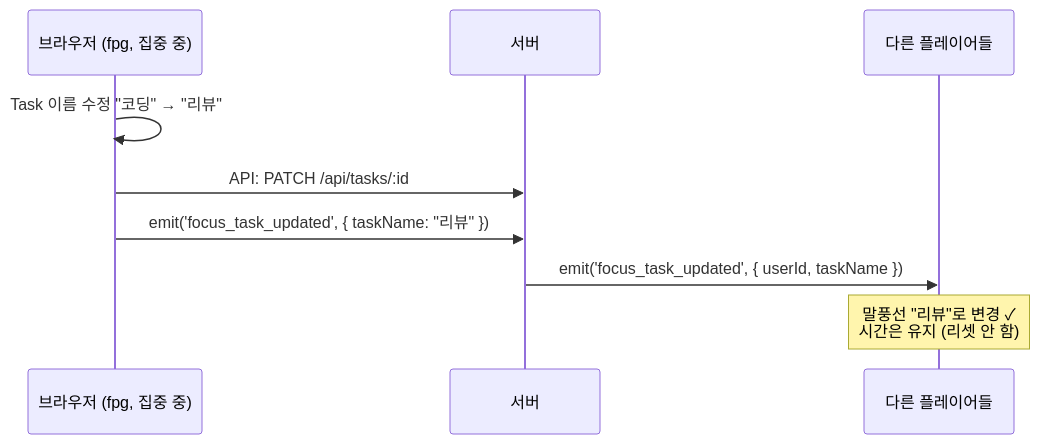
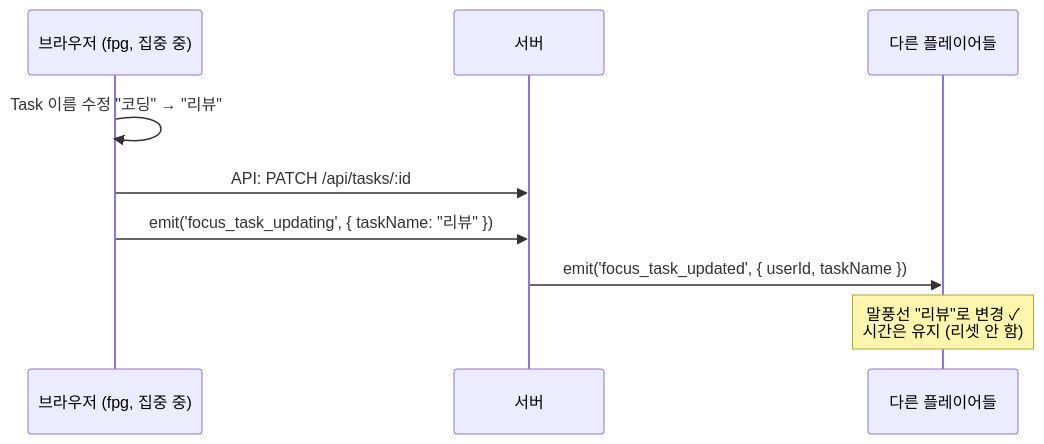
One commit to boostcampwm2025/web19-estrogenquattro changed the tenth of 10 diagrams in docs/reference/FOCUS_TIME.md. Above: the diagram before and after it, drawn with Mermaid. The commit also changed 3 other files, not shown here.

First line of the commit message:
refactor: 소켓 이벤트 네이밍 컨벤션 적용 (focus_task_updating)

````diff
--- a/docs/reference/FOCUS_TIME.md
+++ b/docs/reference/FOCUS_TIME.md
@@ -228,14 +228,14 @@
 ```mermaid
 sequenceDiagram
     participant Browser as 브라우저 (fpg, 집중 중)
     participant Server as 서버
     participant Others as 다른 플레이어들
 
     Browser->>Browser: Task 이름 수정 "코딩" → "리뷰"
     Browser->>Server: API: PATCH /api/tasks/:id
-    Browser->>Server: emit('focus_task_updated', { taskName: "리뷰" })
+    Browser->>Server: emit('focus_task_updating', { taskName: "리뷰" })
 
     Server->>Others: emit('focus_task_updated', { userId, taskName })
 
     Note over Others: 말풍선 "리뷰"로 변경 ✓<br/>시간은 유지 (리셋 안 함)
 ```
````
